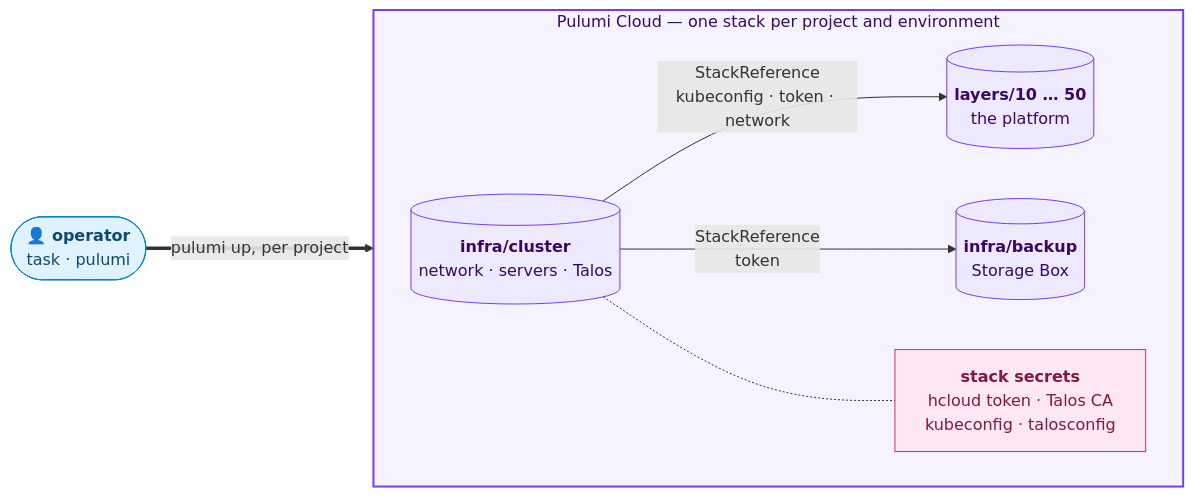
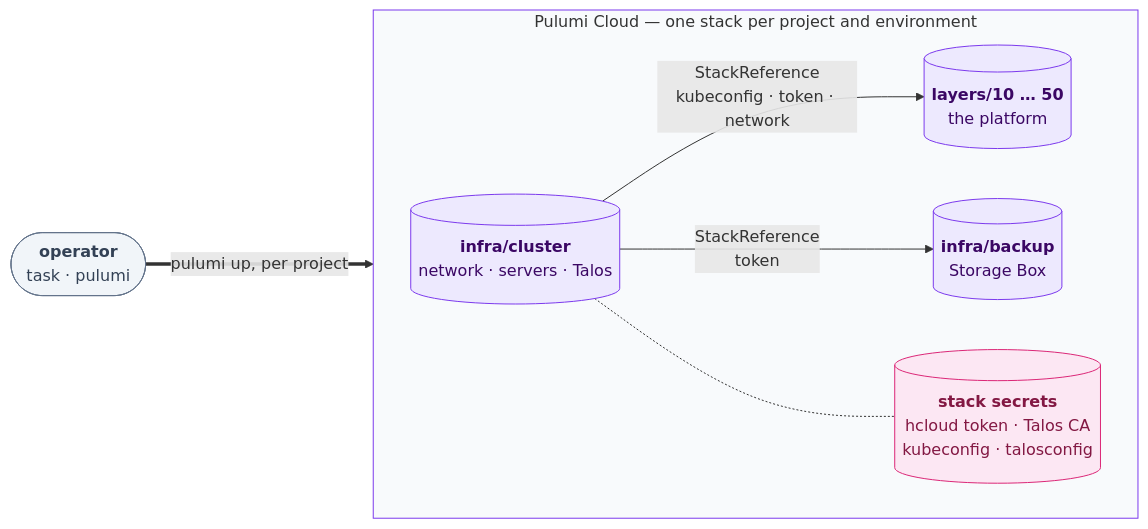
The first of 3 diagrams in README.md (oleg-tkachuk/hetzner-iac), drawn with Mermaid before and after one commit. The commit also changed other lines of this file and 3 other files, not shown here.

First line of the commit message:
docs(diagrams): share one palette and shape grammar across diagrams

````diff
--- a/README.md
+++ b/README.md
@@ -27,27 +32,29 @@
 ```mermaid
 flowchart LR
-    classDef actor fill:#E0F2FE,stroke:#0284C7,stroke-width:1px,color:#0C4A6E
-    classDef state fill:#EDE9FE,stroke:#7C3AED,stroke-width:1px,color:#3B0764
-    classDef secret fill:#FCE7F3,stroke:#DB2777,stroke-width:1px,color:#831843
+    operator(["<b>operator</b><br/>task · pulumi"])
 
-    operator(["<b>👤 operator</b><br/>task · pulumi"])
-
-    subgraph cloud["Pulumi Cloud — one stack per project and environment"]
+    subgraph cloud ["Pulumi Cloud — one stack per project and environment"]
         direction LR
         cluster[("<b>infra/cluster</b><br/>network · servers · Talos")]
         backup[("<b>infra/backup</b><br/>Storage Box")]
         layers[("<b>layers/10 … 50</b><br/>the platform")]
-        secrets["<b>stack secrets</b><br/>hcloud token · Talos CA<br/>kubeconfig · talosconfig"]
+        secrets[("<b>stack secrets</b><br/>hcloud token · Talos CA<br/>kubeconfig · talosconfig")]
     end
 
     operator ==>|"pulumi up, per project"| cloud
     cluster -->|"StackReference<br/>kubeconfig · token · network"| layers
     cluster -->|"StackReference<br/>token"| backup
     cluster -.- secrets
 
+    classDef actor fill:#F1F5F9,stroke:#64748B,color:#334155
+    classDef optional fill:#F1F5F9,stroke:#64748B,color:#334155,stroke-dasharray:5 4
+    classDef hetzner fill:#DCFCE7,stroke:#16A34A,color:#14532D
+    classDef talos fill:#FEF3C7,stroke:#D97706,color:#78350F
+    classDef kube fill:#DBEAFE,stroke:#2563EB,color:#1E3A8A
+    classDef state fill:#EDE9FE,stroke:#7C3AED,color:#3B0764
+    classDef gate fill:#FCE7F3,stroke:#DB2777,color:#831843
     class operator actor
     class cluster,backup,layers state
-    class secrets secret
-
-    style cloud fill:#F5F3FF,stroke:#7C3AED,stroke-width:2px,color:#3B0764
+    class secrets gate
+    style cloud fill:#F8FAFC,stroke:#7C3AED
 ```
````
